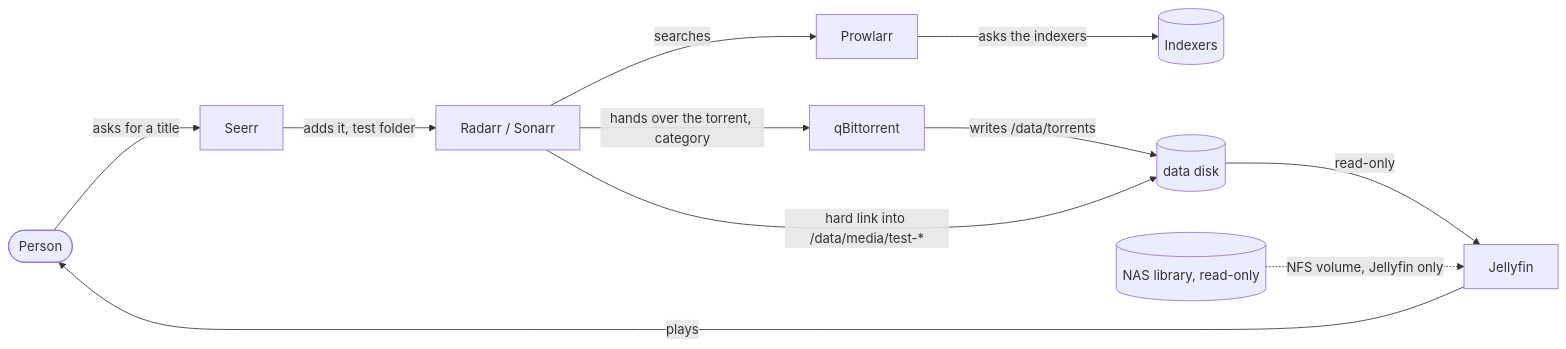
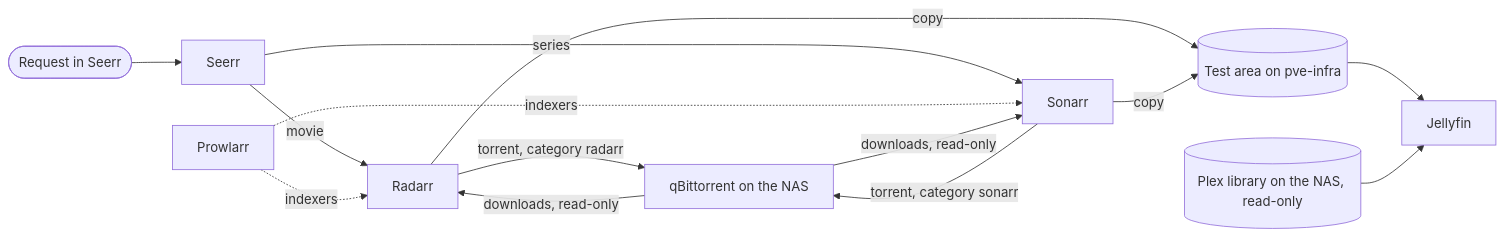
One commit to doku-code/homelab-iac changed the diagram in docs/guides/media-stack.md. Above: the diagram before and after it, drawn with Mermaid. The commit also changed other lines of this file and 50 other files, not shown here.

Commit message:
feat(media): one container per service instead of the Compose VM, the NAS's qBittorrent as download client (TASK-036)

````diff
--- a/docs/guides/media-stack.md
+++ b/docs/guides/media-stack.md
@@ -61,13 +50,16 @@
 ```mermaid
 flowchart LR
-  person([Person]) -->|asks for a title| seerr[Seerr]
-  seerr -->|adds it, test folder| radarr[Radarr / Sonarr]
-  radarr -->|searches| prowlarr[Prowlarr]
-  prowlarr -->|asks the indexers| indexers[(Indexers)]
-  radarr -->|hands over the torrent, category| qbt[qBittorrent]
-  qbt -->|writes /data/torrents| disk[(data disk)]
-  radarr -->|hard link into /data/media/test-*| disk
-  disk -->|read-only| jellyfin[Jellyfin]
-  nas[(NAS library, read-only)] -.->|NFS volume, Jellyfin only| jellyfin
-  jellyfin -->|plays| person
+  person([Request in Seerr]) --> seerr[Seerr]
+  seerr -->|movie| radarr[Radarr]
+  seerr -->|series| sonarr[Sonarr]
+  prowlarr[Prowlarr] -.->|indexers| radarr
+  prowlarr -.->|indexers| sonarr
+  radarr -->|torrent, category radarr| qbit[qBittorrent on the NAS]
+  sonarr -->|torrent, category sonarr| qbit
+  qbit -->|downloads, read-only| radarr
+  qbit -->|downloads, read-only| sonarr
+  radarr -->|copy| test[(Test area on pve-infra)]
+  sonarr -->|copy| test
+  test --> jellyfin[Jellyfin]
+  plex[(Plex library on the NAS, read-only)] --> jellyfin
 ```
````
